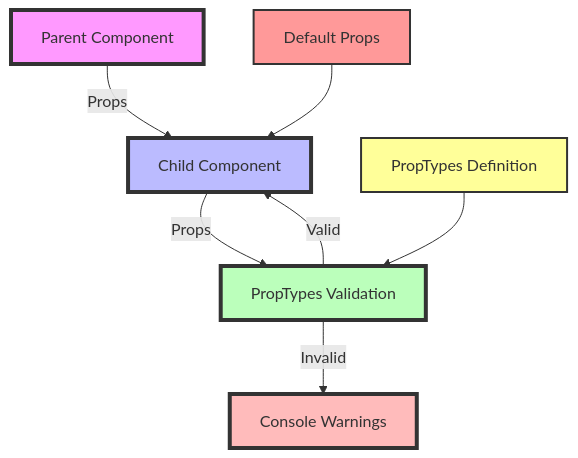
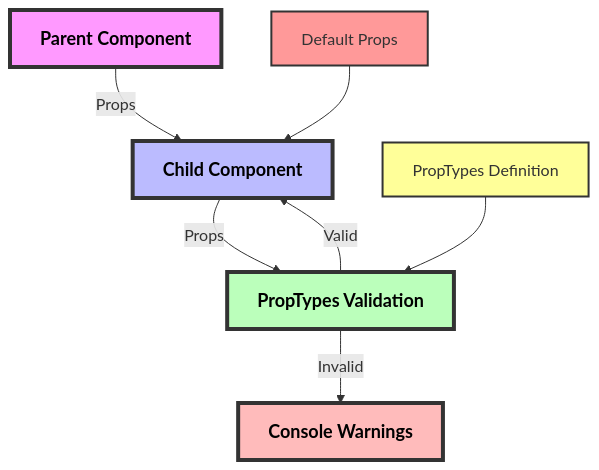
The diagram in TheoryImages/proptypes-validation-flow.md (srjingole0610/react-learnings), drawn with Mermaid before and after one commit. The commit also changed 2 other files, not shown here.

Commit message:
Added thoery related to State

````diff
--- a/TheoryImages/proptypes-validation-flow.md
+++ b/TheoryImages/proptypes-validation-flow.md
@@ -12,27 +12,30 @@
 ```mermaid
 
 graph TD
-  A[Parent Component]
-  B[Child Component]
-  C[PropTypes Validation]
-  D[Console Warnings]
+  A[Parent Component]:::highlight
+  B[Child Component]:::highlight
+  C[PropTypes Validation]:::highlight
+  D[Console Warnings]:::highlight
   
   A -->|Props| B
   B -->|Props| C
   C -->|Valid| B
   C -->|Invalid| D
   
   E[PropTypes Definition]
   F[Default Props]
   
   E --> C
   F --> B
   
   style A fill:#f9f,stroke:#333,stroke-width:4px
   style B fill:#bbf,stroke:#333,stroke-width:4px
   style C fill:#bfb,stroke:#333,stroke-width:4px
   style D fill:#fbb,stroke:#333,stroke-width:4px
   style E fill:#ff9,stroke:#333,stroke-width:2px
   style F fill:#f99,stroke:#333,stroke-width:2px
 
+  
+   classDef highlight font-size:18px,font-weight:bold,color:#000;
+
   ```
````
